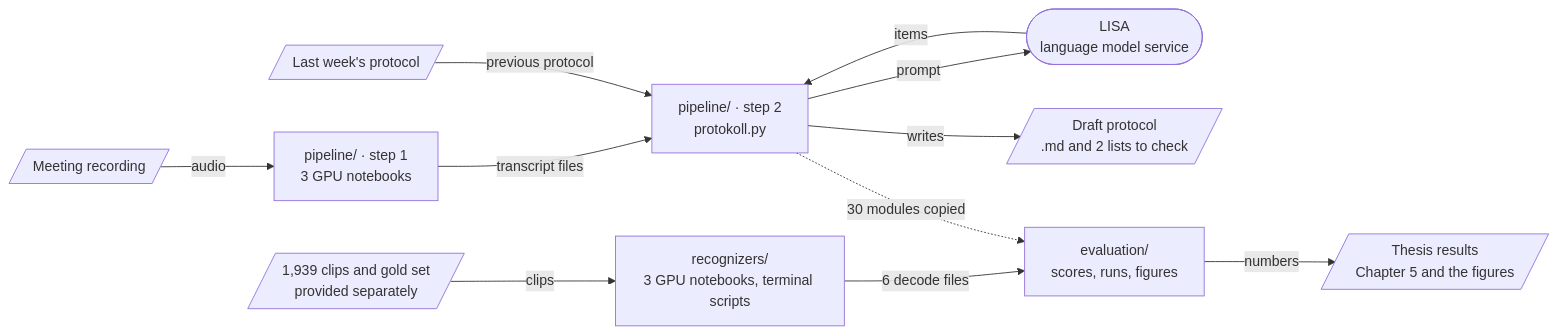
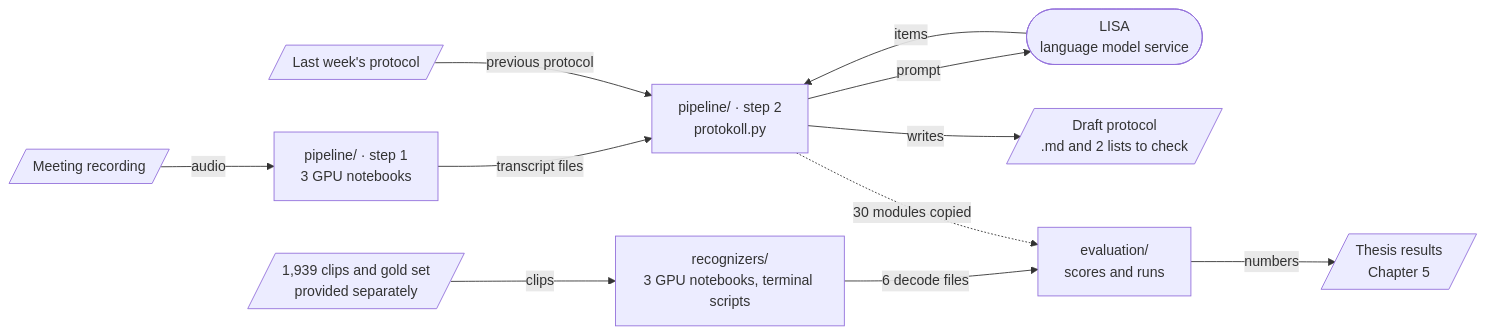
One commit to AnjanaSuresh01/meeting-protocol-generation changed the first of 4 diagrams in CODEBASE_MAP.md. Above: the diagram before and after it, drawn with Mermaid. The commit also changed other lines of this file and 20 other files, not shown here.

Commit message:
Remove the figure scripts and CHANGES.md, and shorten the READMEs

````diff
--- a/CODEBASE_MAP.md
+++ b/CODEBASE_MAP.md
@@ -7,23 +7,23 @@
 ```mermaid
 flowchart LR
   rec[/"Meeting recording"/]
   prev[/"Last week's protocol"/]
   clips[/"1,939 clips and gold set<br/>provided separately"/]
   s1["pipeline/ · step 1<br/>3 GPU notebooks"]
   s2["pipeline/ · step 2<br/>protokoll.py"]
   lisa(["LISA<br/>language model service"])
   out[/"Draft protocol<br/>.md and 2 lists to check"/]
   rcg["recognizers/<br/>3 GPU notebooks, terminal scripts"]
-  ev["evaluation/<br/>scores, runs, figures"]
-  res[/"Thesis results<br/>Chapter 5 and the figures"/]
+  ev["evaluation/<br/>scores and runs"]
+  res[/"Thesis results<br/>Chapter 5"/]
   rec -->|audio| s1
   s1 -->|transcript files| s2
   prev -->|previous protocol| s2
   s2 -->|prompt| lisa
   lisa -->|items| s2
   s2 -->|writes| out
   clips -->|clips| rcg
   rcg -->|6 decode files| ev
   ev -->|numbers| res
   s2 -.->|30 modules copied| ev
 ```
````
